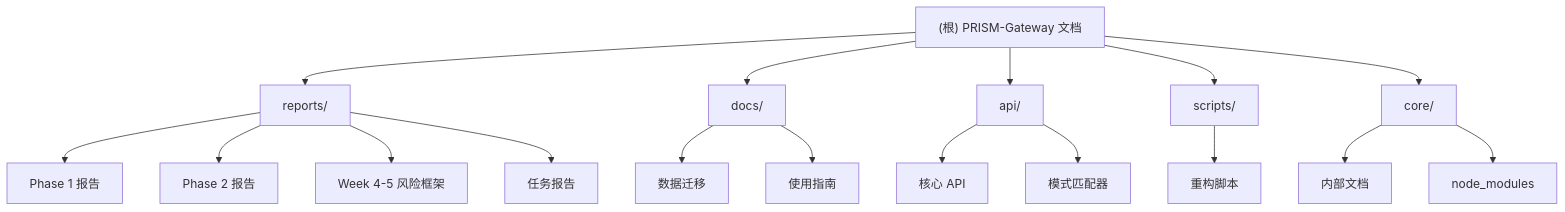
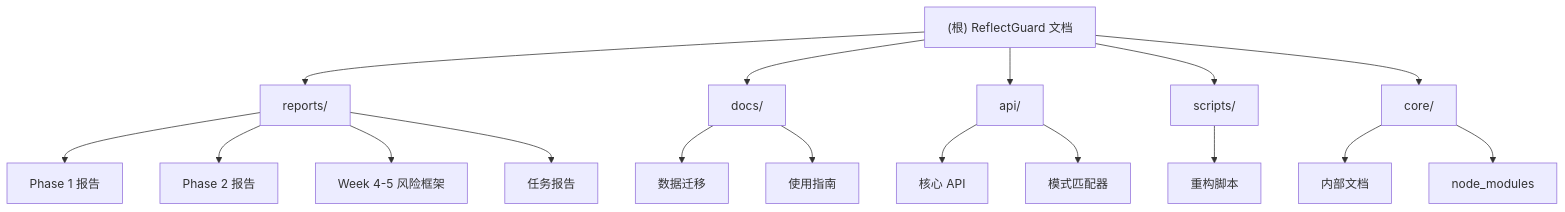
The diagram in CLAUDE.md (starlink-awaken/prism-gateway-docs), drawn with Mermaid before and after one commit. The commit also changed other lines of this file and 182 other files, not shown here.

First line of the commit message:
Rename project from PRISM-Gateway to ReflectGuard

````diff
--- a/CLAUDE.md
+++ b/CLAUDE.md
@@ -338,32 +338,32 @@
 ```mermaid
 graph TD
-    ROOT["(根) PRISM-Gateway 文档"]
+    ROOT["(根) ReflectGuard 文档"]
 
     ROOT --> REPORTS["reports/"]
     ROOT --> DOCS["docs/"]
     ROOT --> API["api/"]
     ROOT --> SCRIPTS["scripts/"]
     ROOT --> PRISM["core/"]
 
     REPORTS --> PHASE1["Phase 1 报告"]
     REPORTS --> PHASE2["Phase 2 报告"]
     REPORTS --> WEEK4["Week 4-5 风险框架"]
     REPORTS --> TASKS["任务报告"]
 
     DOCS --> MIGRATION["数据迁移"]
     DOCS --> USAGE["使用指南"]
 
     API --> CORE_API["核心 API"]
     API --> PATTERN_API["模式匹配器"]
 
     SCRIPTS --> REFACTOR["重构脚本"]
 
     PRISM --> PRISM_DOCS["内部文档"]
     PRISM --> PRISM_NODE["node_modules"]
 
     click REPORTS "./reports/CLAUDE.md" "查看报告模块文档"
     click DOCS "./docs/CLAUDE.md" "查看文档模块"
     click API "./api/CLAUDE.md" "查看 API 模块文档"
     click SCRIPTS "./scripts/README.md" "查看重构脚本"
-    click PRISM "./core/README.md" "查看 PRISM-Gateway 主项目"
+    click PRISM "./core/README.md" "查看 ReflectGuard 主项目"
 ```
````
